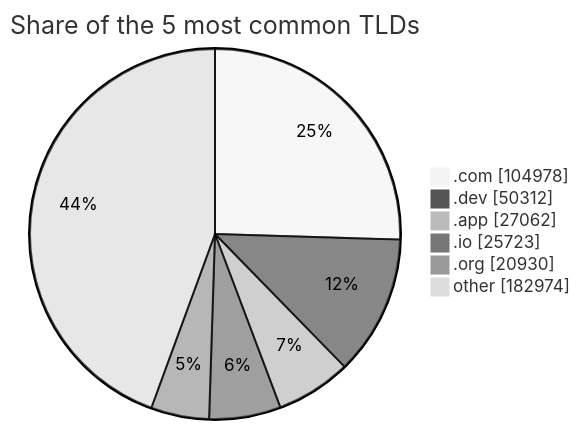
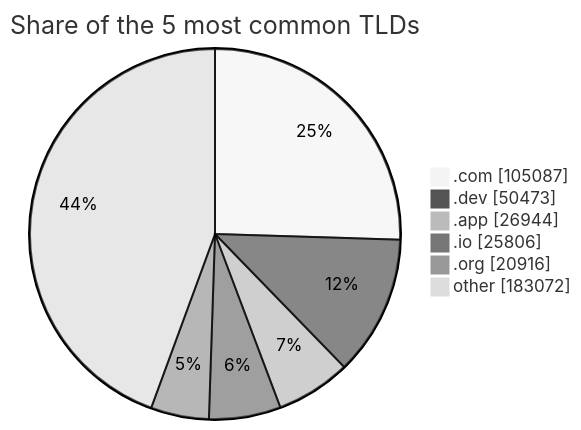
One commit to DNSBunker/CTI changed the third of 3 diagrams in README.md. Above: the diagram before and after it, drawn with Mermaid (neutral theme). The commit also changed other lines of this file and 3 other files, not shown here.

````diff
--- a/README.md
+++ b/README.md
@@ -81,9 +81,9 @@
 ```mermaid
 pie showData title Share of the 5 most common TLDs
-    ".com" : 104978
-    ".dev" : 50312
-    ".app" : 27062
-    ".io" : 25723
-    ".org" : 20930
-    "other" : 182974
+    ".com" : 105087
+    ".dev" : 50473
+    ".app" : 26944
+    ".io" : 25806
+    ".org" : 20916
+    "other" : 183072
 ```
````
